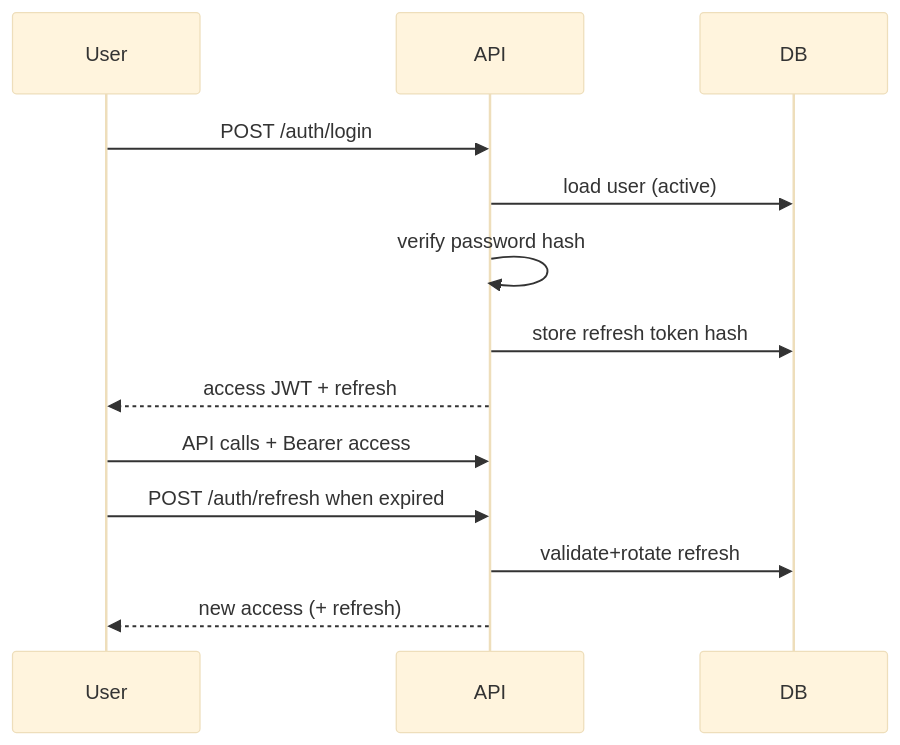
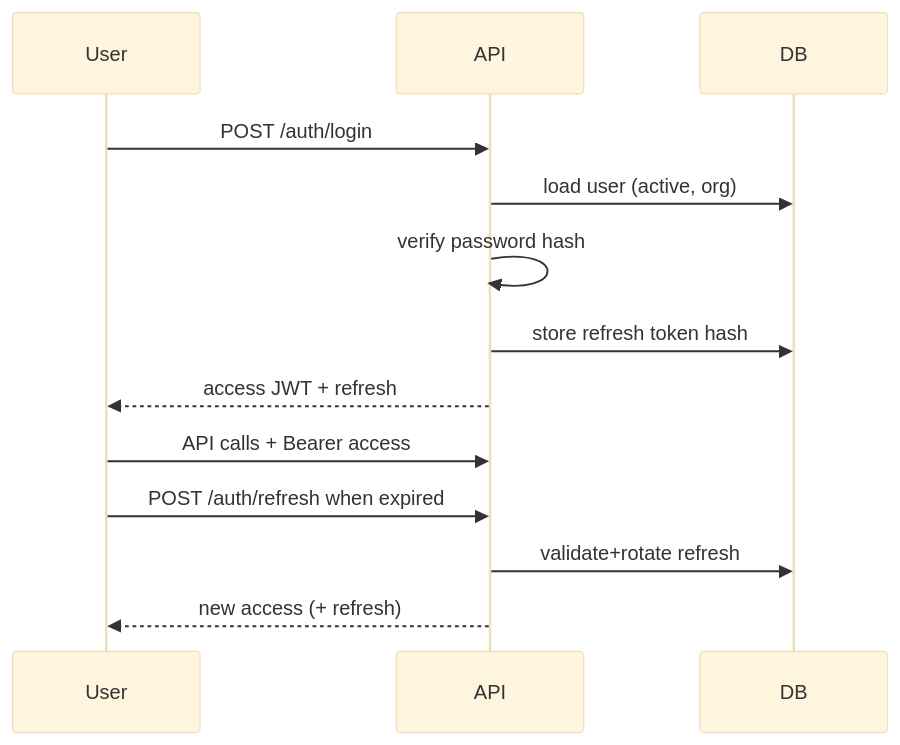
The diagram in docs/11-security/AUTH_RBAC.md (harshbrickred-ctrl/CDT_v1.0.0), drawn with Mermaid (base theme) before and after one commit. The commit also changed other lines of this file and 20 other files, not shown here.

````diff
--- a/docs/11-security/AUTH_RBAC.md
+++ b/docs/11-security/AUTH_RBAC.md
@@ -37,15 +40,15 @@
 ```mermaid
 sequenceDiagram
   participant U as User
   participant API
   participant DB
   U->>API: POST /auth/login
-  API->>DB: load user (active)
+  API->>DB: load user (active, org)
   API->>API: verify password hash
   API->>DB: store refresh token hash
   API-->>U: access JWT + refresh
   U->>API: API calls + Bearer access
   U->>API: POST /auth/refresh when expired
   API->>DB: validate+rotate refresh
   API-->>U: new access (+ refresh)
 ```
````
